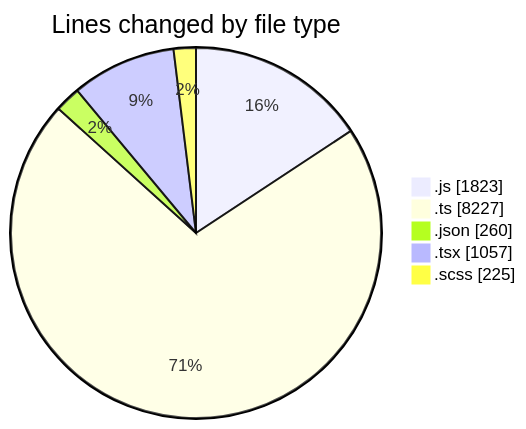
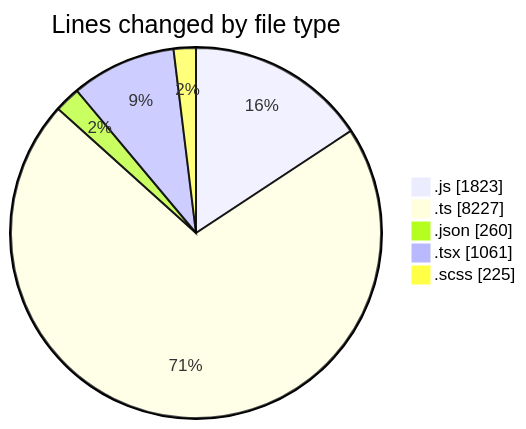
Before and after one commit to momahboobian/code-tracking: the first of 2 diagrams in 2026-04-08/cda/README.md, drawn with Mermaid. The commit also changed other lines of this file and 1 other file, not shown here.

````diff
--- a/2026-04-08/cda/README.md
+++ b/2026-04-08/cda/README.md
@@ -35,9 +35,9 @@
 ```mermaid
 pie showData
 title Lines changed by file type
 ".js" : 1823
 ".ts" : 8227
 ".json" : 260
-".tsx" : 1057
+".tsx" : 1061
 ".scss" : 225
 ```
````
